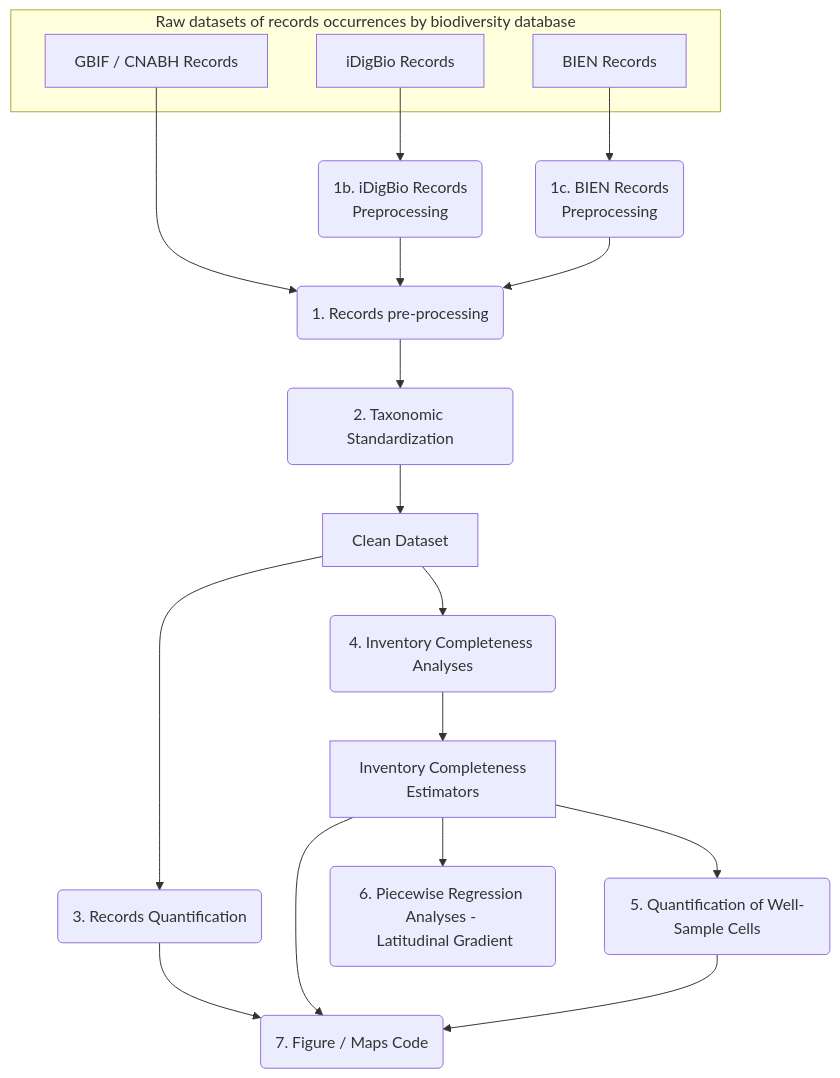
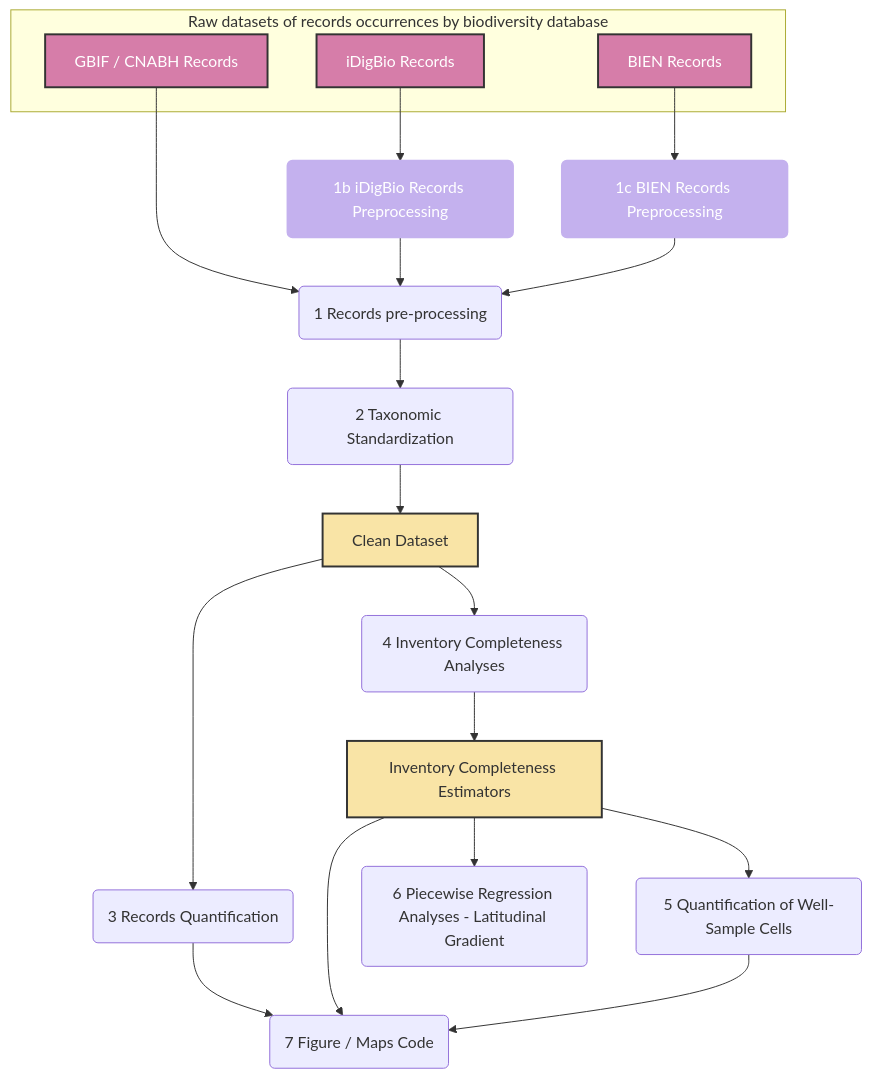
One commit to cRonFer/bioDivRecordsAnalyses changed the diagram in README.md. Above: the diagram before and after it, drawn with Mermaid.

````diff
--- a/README.md
+++ b/README.md
@@ -11,27 +11,33 @@
 ```mermaid
 flowchart TD;
-  A[GBIF / CNABH Records] --> B(1. Records pre-processing);
-  C(1b. iDigBio Records \n Preprocessing)--> B;
+  A[GBIF / CNABH Records] --> B(1 Records pre-processing);
+  C(1b iDigBio Records Preprocessing)--> B;
   E[iDigBio Records] --> C;
-  D(1c. BIEN Records \n Preprocessing)--> B;
+  D(1c BIEN Records Preprocessing)--> B;
   F[BIEN Records] --> D;
   
-  B --> G(2. Taxonomic Standardization);
+  B --> G(2 Taxonomic Standardization);
   G --> H[Clean Dataset];
-  H --> I(3. Records Quantification);
-  H --> K(4. Inventory Completeness Analyses);
-  K --> L[Inventory Completeness \n Estimators];
-  L --> M(5. Quantification of Well-Sample Cells);
+  H --> I(3 Records Quantification);
+  H --> K(4 Inventory Completeness Analyses);
+  K --> L[Inventory Completeness Estimators];
+  L --> M(5 Quantification of Well-Sample Cells);
   
-  I --> O(7. Figure / Maps Code);
-  L --> O(7. Figure / Maps Code);
-  M --> O(7. Figure / Maps Code);
+  I --> O(7 Figure / Maps Code);
+  L --> O(7 Figure / Maps Code);
+  M --> O(7 Figure / Maps Code);
   
-  L --> N(6. Piecewise Regression Analyses - \n Latitudinal Gradient);
+  L --> N(6 Piecewise Regression Analyses - Latitudinal Gradient);
   
-  
+  style A fill:#d67da9, stroke:#333,stroke-width:2px,color:#fff;
+  style E fill:#d67da9, stroke:#333,stroke-width:2px,color:#fff;
+  style F fill:#d67da9, stroke:#333,stroke-width:2px,color:#fff;
+  style H fill:#f9e4a6, stroke:#333,stroke-width:2px,color:#333;
+  style L fill:#f9e4a6, stroke:#333,stroke-width:2px,color:#333;
+  style C fill:#c4b1ee, stroke:#c4b1ee,stroke-width:2px,color:#fff;
+  style D fill:#c4b1ee, stroke:#c4b1ee,stroke-width:2px,color:#fff;
     
   subgraph Raw datasets of records occurrences by biodiversity database
   A & E & F
   end;
 ```
````
